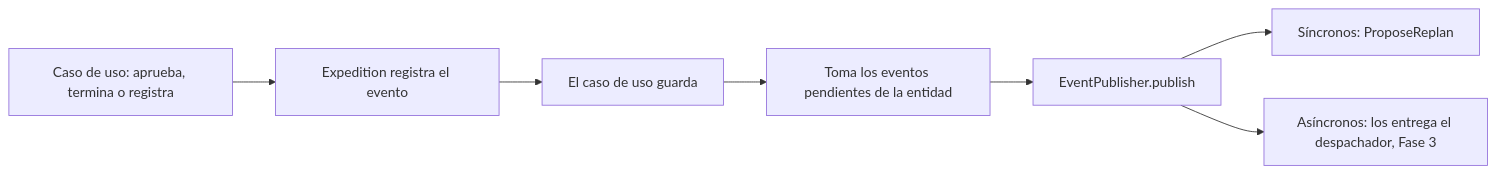
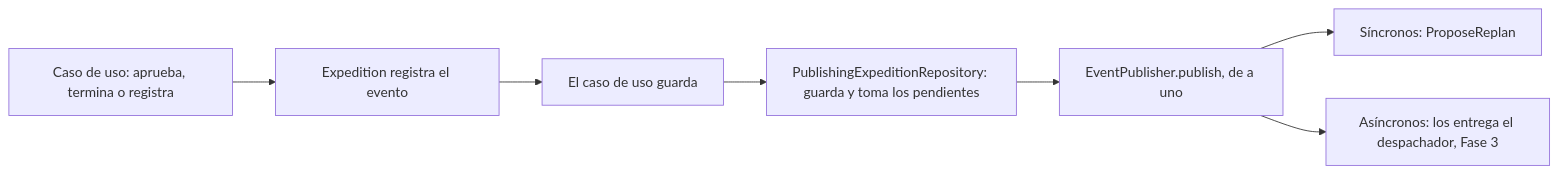
Before and after one commit to valentinamarti/dps-2026-2c-ti-fieldops-alan-kay: the second of 2 diagrams in docs/entrega-3-plan.md, drawn with Mermaid. The commit also changed other lines of this file and 53 other files, not shown here.

````diff
--- a/docs/entrega-3-plan.md
+++ b/docs/entrega-3-plan.md
@@ -190,9 +192,9 @@
 ```mermaid
 flowchart LR
   A[Caso de uso: aprueba, termina o registra] --> B[Expedition registra el evento]
   B --> C[El caso de uso guarda]
-  C --> D[Toma los eventos pendientes de la entidad]
-  D --> E[EventPublisher.publish]
+  C --> D[PublishingExpeditionRepository: guarda y toma los pendientes]
+  D --> E[EventPublisher.publish, de a uno]
   E --> F[Síncronos: ProposeReplan]
   E --> G[Asíncronos: los entrega el despachador, Fase 3]
 ```
````
